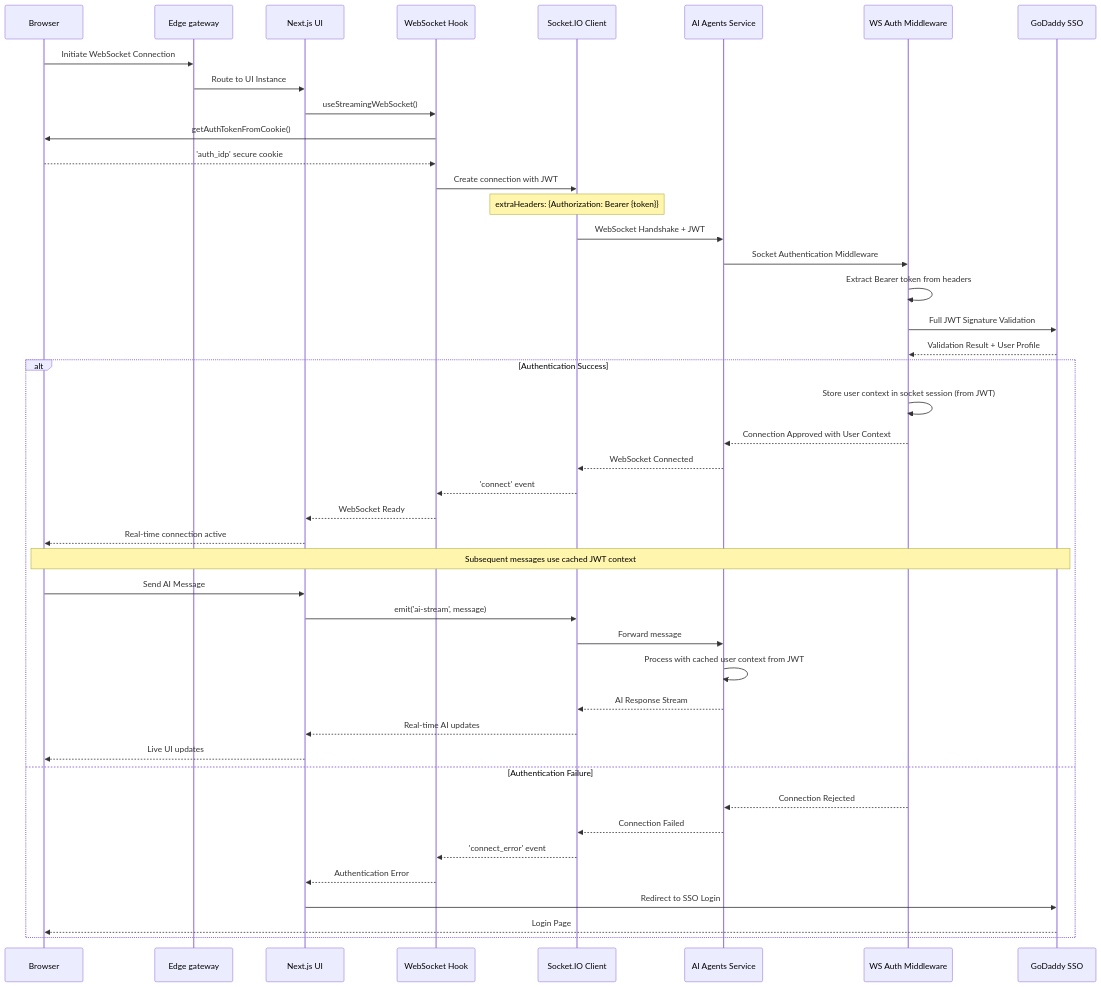
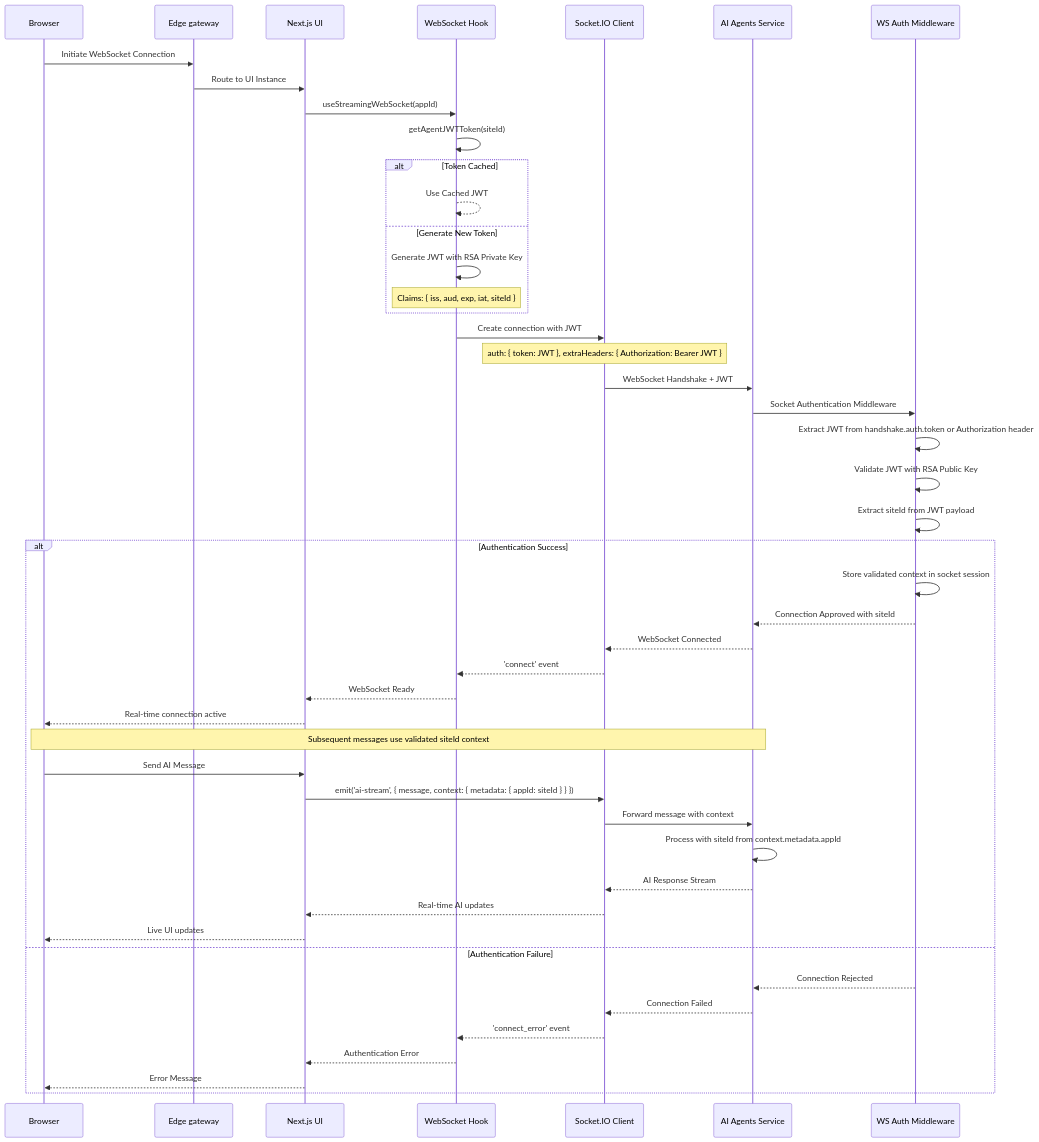
The third of 7 diagrams in docs/ui-agents-authentication-architecture.md (hsharif-godaddy/hackathon2026), drawn with Mermaid before and after one commit. The commit also changed other lines of this file and 37 other files, not shown here.

````diff
--- a/docs/ui-agents-authentication-architecture.md
+++ b/docs/ui-agents-authentication-architecture.md
@@ -116,53 +118,57 @@
 ```mermaid
 sequenceDiagram
     participant Browser
     participant CDN as Edge gateway
     participant UI as Next.js UI
     participant WSHook as WebSocket Hook
     participant SocketIO as Socket.IO Client
     participant Agents as AI Agents Service
     participant WSAuth as WS Auth Middleware
-    participant SSO as GoDaddy SSO
 
     Browser->>CDN: Initiate WebSocket Connection
     CDN->>UI: Route to UI Instance
-    UI->>WSHook: useStreamingWebSocket()
-    WSHook->>Browser: getAuthTokenFromCookie()
-    Browser-->>WSHook: 'auth_idp' secure cookie
+    UI->>WSHook: useStreamingWebSocket(appId)
+    WSHook->>WSHook: getAgentJWTToken(siteId)
+
+    alt Token Cached
+        WSHook-->>WSHook: Use Cached JWT
+    else Generate New Token
+        WSHook->>WSHook: Generate JWT with RSA Private Key
+        Note over WSHook: Claims: { iss, aud, exp, iat, siteId }
+    end
 
     WSHook->>SocketIO: Create connection with JWT
-    Note over SocketIO: extraHeaders: {Authorization: Bearer {token}}
+    Note over SocketIO: auth: { token: JWT }, extraHeaders: { Authorization: Bearer JWT }
 
     SocketIO->>Agents: WebSocket Handshake + JWT
     Agents->>WSAuth: Socket Authentication Middleware
-    WSAuth->>WSAuth: Extract Bearer token from headers
+    WSAuth->>WSAuth: Extract JWT from handshake.auth.token or Authorization header
 
-    WSAuth->>SSO: Full JWT Signature Validation
-    SSO-->>WSAuth: Validation Result + User Profile
+    WSAuth->>WSAuth: Validate JWT with RSA Public Key
+    WSAuth->>WSAuth: Extract siteId from JWT payload
 
     alt Authentication Success
-        WSAuth->>WSAuth: Store user context in socket session (from JWT)
-        WSAuth-->>Agents: Connection Approved with User Context
+        WSAuth->>WSAuth: Store validated context in socket session
+        WSAuth-->>Agents: Connection Approved with siteId
         Agents-->>SocketIO: WebSocket Connected
         SocketIO-->>WSHook: 'connect' event
         WSHook-->>UI: WebSocket Ready
         UI-->>Browser: Real-time connection active
 
-        Note over Browser,SSO: Subsequent messages use cached JWT context
+        Note over Browser,Agents: Subsequent messages use validated siteId context
         Browser->>UI: Send AI Message
-        UI->>SocketIO: emit('ai-stream', message)
-        SocketIO->>Agents: Forward message
-        Agents->>Agents: Process with cached user context from JWT
+        UI->>SocketIO: emit('ai-stream', { message, context: { metadata: { appId: siteId } } })
+        SocketIO->>Agents: Forward message with context
+        Agents->>Agents: Process with siteId from context.metadata.appId
         Agents-->>SocketIO: AI Response Stream
         SocketIO-->>UI: Real-time AI updates
         UI-->>Browser: Live UI updates
 
     else Authentication Failure
         WSAuth-->>Agents: Connection Rejected
         Agents-->>SocketIO: Connection Failed
         SocketIO-->>WSHook: 'connect_error' event
         WSHook-->>UI: Authentication Error
-        UI->>SSO: Redirect to SSO Login
-        SSO-->>Browser: Login Page
+        UI-->>Browser: Error Message
     end
 ```
````
